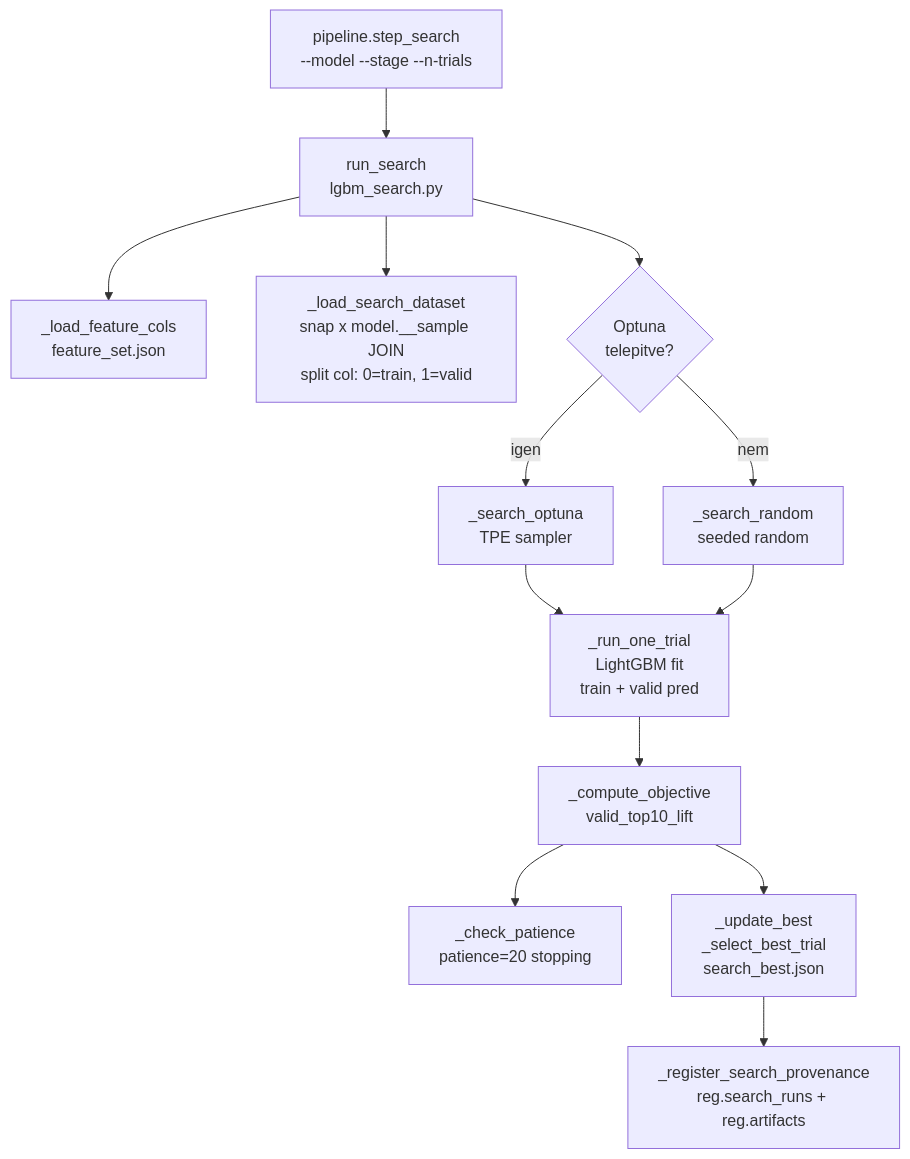
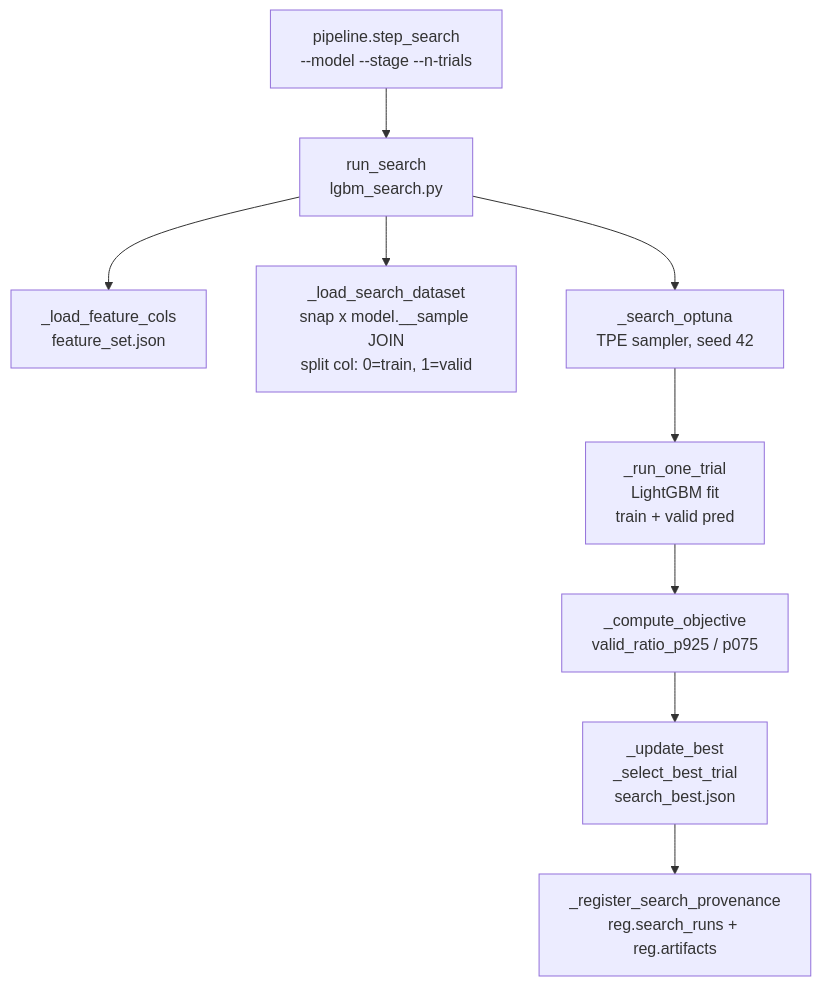
Before and after one commit to Nemesis14/chronoquant: the first of 4 diagrams in _doc_/database_and_code_doc/5520_search.md, drawn with Mermaid. The commit also changed other lines of this file and 1008 other files, not shown here.

````diff
--- a/_doc_/database_and_code_doc/5520_search.md
+++ b/_doc_/database_and_code_doc/5520_search.md
@@ -16,15 +20,11 @@
 ```mermaid
 flowchart TD
   CLI[pipeline.step_search\n--model --stage --n-trials] --> RS[run_search\nlgbm_search.py]
   RS --> FE[_load_feature_cols\nfeature_set.json]
   RS --> LD[_load_search_dataset\nsnap x model.__sample JOIN\nsplit col: 0=train, 1=valid]
-  RS --> OPTUNA{Optuna\ntelepitve?}
-  OPTUNA -- igen --> OPT[_search_optuna\nTPE sampler]
-  OPTUNA -- nem --> RND[_search_random\nseeded random]
+  RS --> OPT[_search_optuna\nTPE sampler, seed 42]
   OPT --> TRIAL[_run_one_trial\nLightGBM fit\ntrain + valid pred]
-  RND --> TRIAL
-  TRIAL --> OBJ[_compute_objective\nvalid_top10_lift]
-  OBJ --> PAT[_check_patience\npatience=20 stopping]
+  TRIAL --> OBJ[_compute_objective\nvalid_ratio_p925 / p075]
   OBJ --> BEST[_update_best\n_select_best_trial\nsearch_best.json]
   BEST --> PROV[_register_search_provenance\nreg.search_runs + reg.artifacts]
 ```
````
